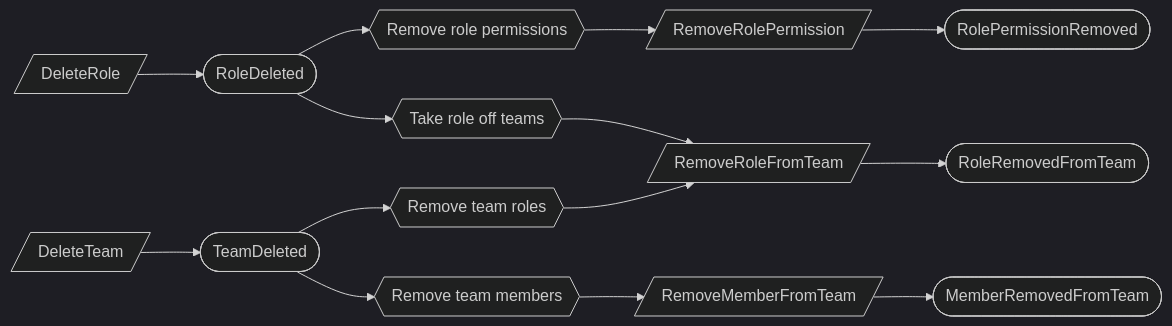
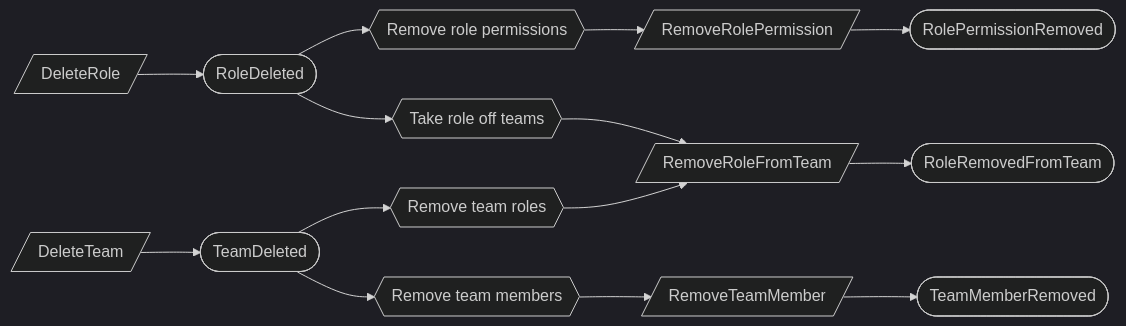
The tenth of 11 diagrams in docs/proposed/contexts/platform-access.md (bdgrz/compliance-core), drawn with Mermaid (dark theme) before and after one commit. The commit also changed other lines of this file and 310 other files, not shown here.

````diff
--- a/docs/proposed/contexts/platform-access.md
+++ b/docs/proposed/contexts/platform-access.md
@@ -503,9 +607,9 @@
 ```mermaid
 flowchart LR
     C1[/DeleteRole/] --> E1([RoleDeleted])
     E1 --> R1{{Take role off teams}} --> C2[/RemoveRoleFromTeam/] --> E2([RoleRemovedFromTeam])
     E1 --> R3{{Remove role permissions}} --> C5[/RemoveRolePermission/] --> E5([RolePermissionRemoved])
     C3[/DeleteTeam/] --> E3([TeamDeleted])
-    E3 --> R2{{Remove team members}} --> C4[/RemoveMemberFromTeam/] --> E4([MemberRemovedFromTeam])
+    E3 --> R2{{Remove team members}} --> C4[/RemoveTeamMember/] --> E4([TeamMemberRemoved])
     E3 --> R4{{Remove team roles}} --> C2
 ```
````
